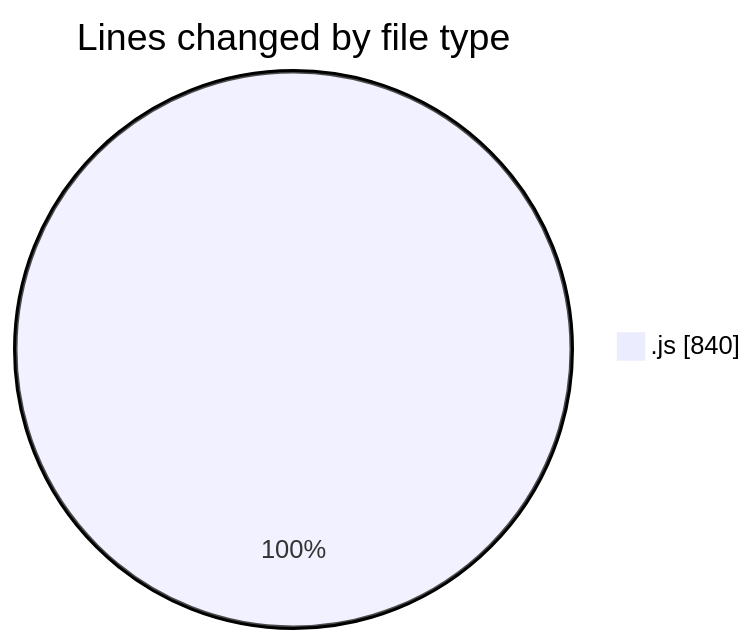
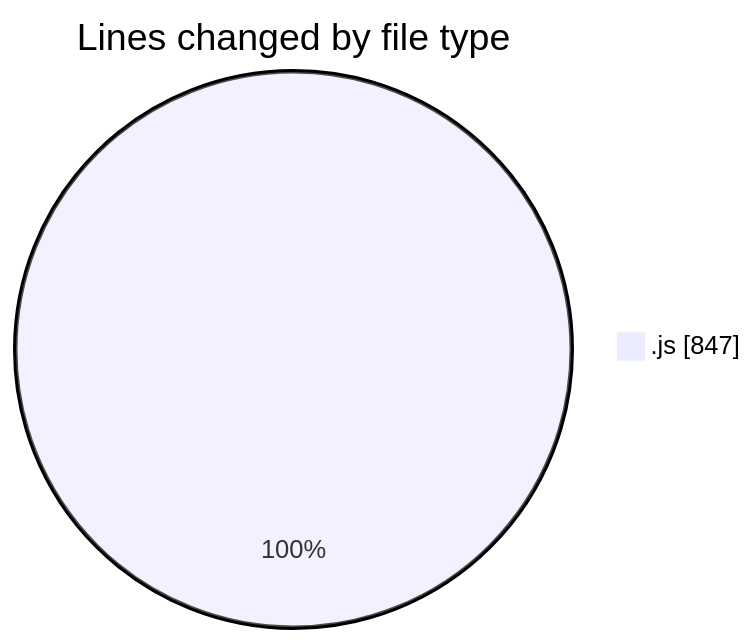
Before and after one commit to momahboobian/code-tracking: the first of 2 diagrams in 2026-02-04/cda/README.md, drawn with Mermaid. The commit also changed other lines of this file and 1 other file, not shown here.

````diff
--- a/2026-02-04/cda/README.md
+++ b/2026-02-04/cda/README.md
@@ -20,5 +20,5 @@
 ```mermaid
 pie showData
 title Lines changed by file type
-".js" : 840
+".js" : 847
 ```
````
